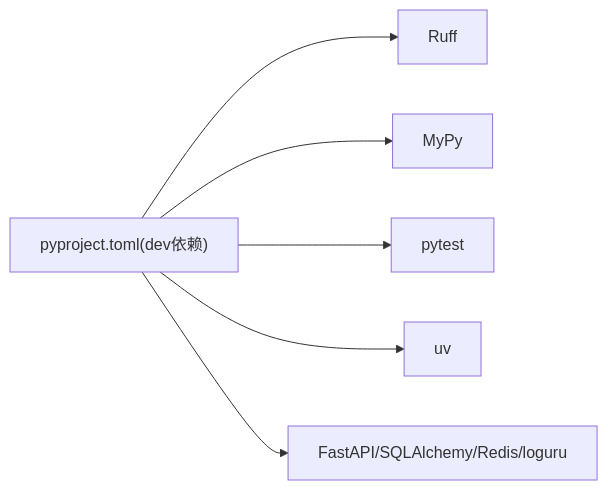
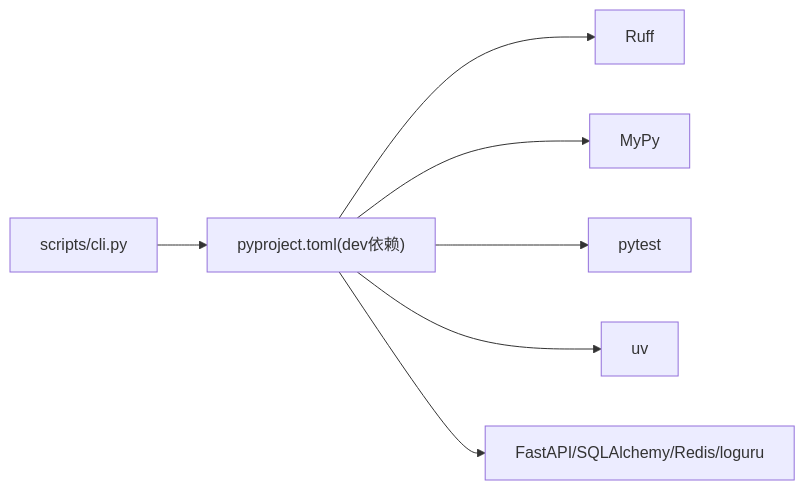
The sixth of 6 diagrams in .qoder/repowiki/zh/content/开发者指南.md (taoweidong/Hello-FastApi), drawn with Mermaid before and after one commit. The commit also changed other lines of this file and 11 other files, not shown here.

````diff
--- a/.qoder/repowiki/zh/content/开发者指南.md
+++ b/.qoder/repowiki/zh/content/开发者指南.md
@@ -277,8 +297,9 @@
 ```mermaid
 graph LR
 P["pyproject.toml(dev依赖)"] --> R["Ruff"]
 P --> M["MyPy"]
 P --> T["pytest"]
 P --> U["uv"]
 P --> F["FastAPI/SQLAlchemy/Redis/loguru"]
+CLI["scripts/cli.py"] --> P
 ```
````
